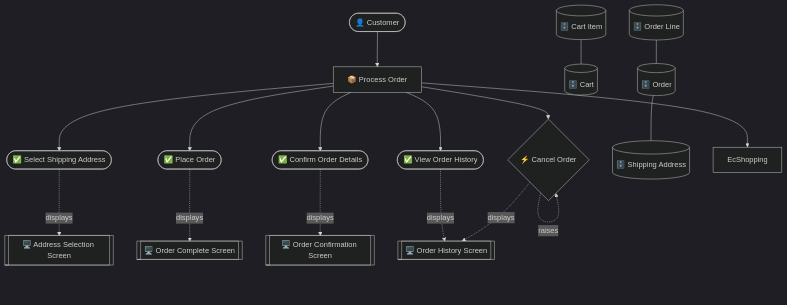
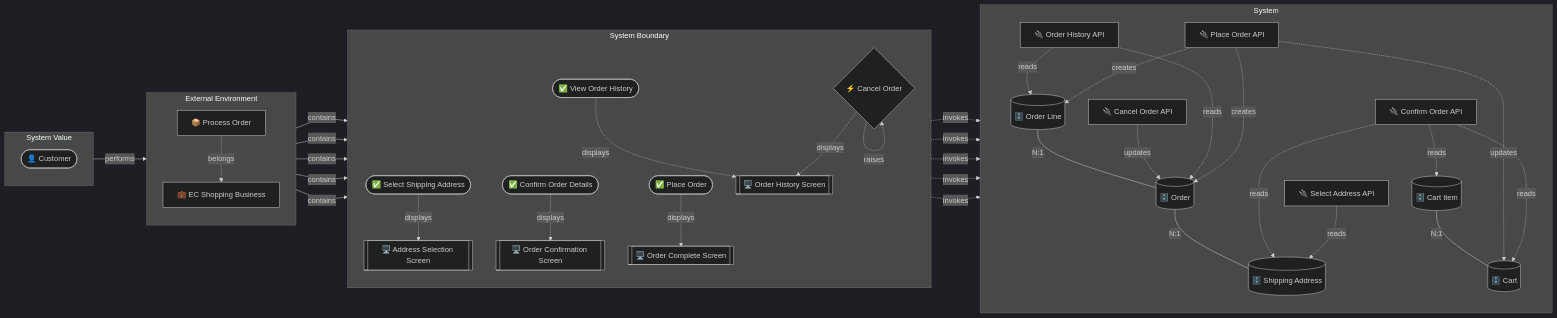
The third of 4 diagrams in README.md (manji-0/rdra-ish-dsl), drawn with Mermaid (dark theme) before and after one commit. The commit also changed other lines of this file and 122 other files, not shown here.

Commit message:
feat: align diagram layers

````diff
--- a/README.md
+++ b/README.md
@@ -603,36 +603,69 @@
 ```mermaid
-graph TD
-  Customer(["👤 Customer"])
-  Cancel(["✅ Cancel Order"])
-  ConfirmOrder(["✅ Confirm Order Details"])
-  PlaceOrder(["✅ Place Order"])
-  SelectAddress(["✅ Select Shipping Address"])
-  ViewOrderHistory(["✅ View Order History"])
-  BucOrder["📦 Process Order"]
-  Cart[("🗄️ Cart")]
-  CartItem[("🗄️ Cart Item")]
-  Order[("🗄️ Order")]
-  OrderLine[("🗄️ Order Line")]
-  ShippingAddress[("🗄️ Shipping Address")]
-  AddressSelectScreen[["🖥️ Address Selection Screen"]]
-  OrderCompleteScreen[["🖥️ Order Complete Screen"]]
-  OrderConfirmScreen[["🖥️ Order Confirmation Screen"]]
-  OrderHistoryScreen[["🖥️ Order History Screen"]]
-  Cancel{"⚡ Cancel Order"}
-  Customer --> BucOrder
-  BucOrder --> EcShopping
-  BucOrder --> SelectAddress
-  BucOrder --> ConfirmOrder
-  BucOrder --> PlaceOrder
-  BucOrder --> ViewOrderHistory
-  BucOrder --> Cancel
-  CartItem --- Cart
-  Order --- ShippingAddress
-  OrderLine --- Order
+flowchart LR
+  subgraph layer_value[System Value]
+    direction TB
+    Customer(["👤 Customer"])
+  end
+  subgraph layer_environment[External Environment]
+    direction TB
+    EcShopping["💼 EC Shopping Business"]
+    BucOrder["📦 Process Order"]
+  end
+  subgraph layer_boundary[System Boundary]
+    direction TB
+    Cancel(["✅ Cancel Order"])
+    ConfirmOrder(["✅ Confirm Order Details"])
+    PlaceOrder(["✅ Place Order"])
+    SelectAddress(["✅ Select Shipping Address"])
+    ViewOrderHistory(["✅ View Order History"])
+    AddressSelectScreen[["🖥️ Address Selection Screen"]]
+    OrderCompleteScreen[["🖥️ Order Complete Screen"]]
+    OrderConfirmScreen[["🖥️ Order Confirmation Screen"]]
+    OrderHistoryScreen[["🖥️ Order History Screen"]]
+    Cancel{"⚡ Cancel Order"}
+  end
+  subgraph layer_system[System]
+    direction TB
+    CancelOrderApi["🔌 Cancel Order API"]
+    ConfirmOrderApi["🔌 Confirm Order API"]
+    OrderHistoryApi["🔌 Order History API"]
+    PlaceOrderApi["🔌 Place Order API"]
+    SelectAddressApi["🔌 Select Address API"]
+    Cart[("🗄️ Cart")]
+    CartItem[("🗄️ Cart Item")]
+    Order[("🗄️ Order")]
+    OrderLine[("🗄️ Order Line")]
+    ShippingAddress[("🗄️ Shipping Address")]
+  end
+  Customer -->|performs| BucOrder
+  SelectAddressApi -.->|reads| ShippingAddress
+  ConfirmOrderApi -.->|reads| ShippingAddress
+  ConfirmOrderApi -.->|reads| Cart
+  ConfirmOrderApi -.->|reads| CartItem
+  PlaceOrderApi -.->|creates| Order
+  PlaceOrderApi -.->|creates| OrderLine
+  PlaceOrderApi -.->|updates| Cart
+  OrderHistoryApi -.->|reads| Order
+  OrderHistoryApi -.->|reads| OrderLine
+  CancelOrderApi -.->|updates| Order
+  BucOrder -.->|belongs| EcShopping
+  BucOrder -->|contains| SelectAddress
+  BucOrder -->|contains| ConfirmOrder
+  BucOrder -->|contains| PlaceOrder
+  BucOrder -->|contains| ViewOrderHistory
+  BucOrder -->|contains| Cancel
+  CartItem ---|N:1| Cart
+  Order ---|N:1| ShippingAddress
+  OrderLine ---|N:1| Order
   SelectAddress -.->|displays| AddressSelectScreen
+  SelectAddress -.->|invokes| SelectAddressApi
   ConfirmOrder -.->|displays| OrderConfirmScreen
+  ConfirmOrder -.->|invokes| ConfirmOrderApi
   PlaceOrder -.->|displays| OrderCompleteScreen
+  PlaceOrder -.->|invokes| PlaceOrderApi
   ViewOrderHistory -.->|displays| OrderHistoryScreen
+  ViewOrderHistory -.->|invokes| OrderHistoryApi
+  Cancel -.->|displays| OrderHistoryScreen
+  Cancel -.->|invokes| CancelOrderApi
   Cancel -.->|raises| Cancel
-  Cancel -.->|displays| OrderHistoryScreen
 ```
````
